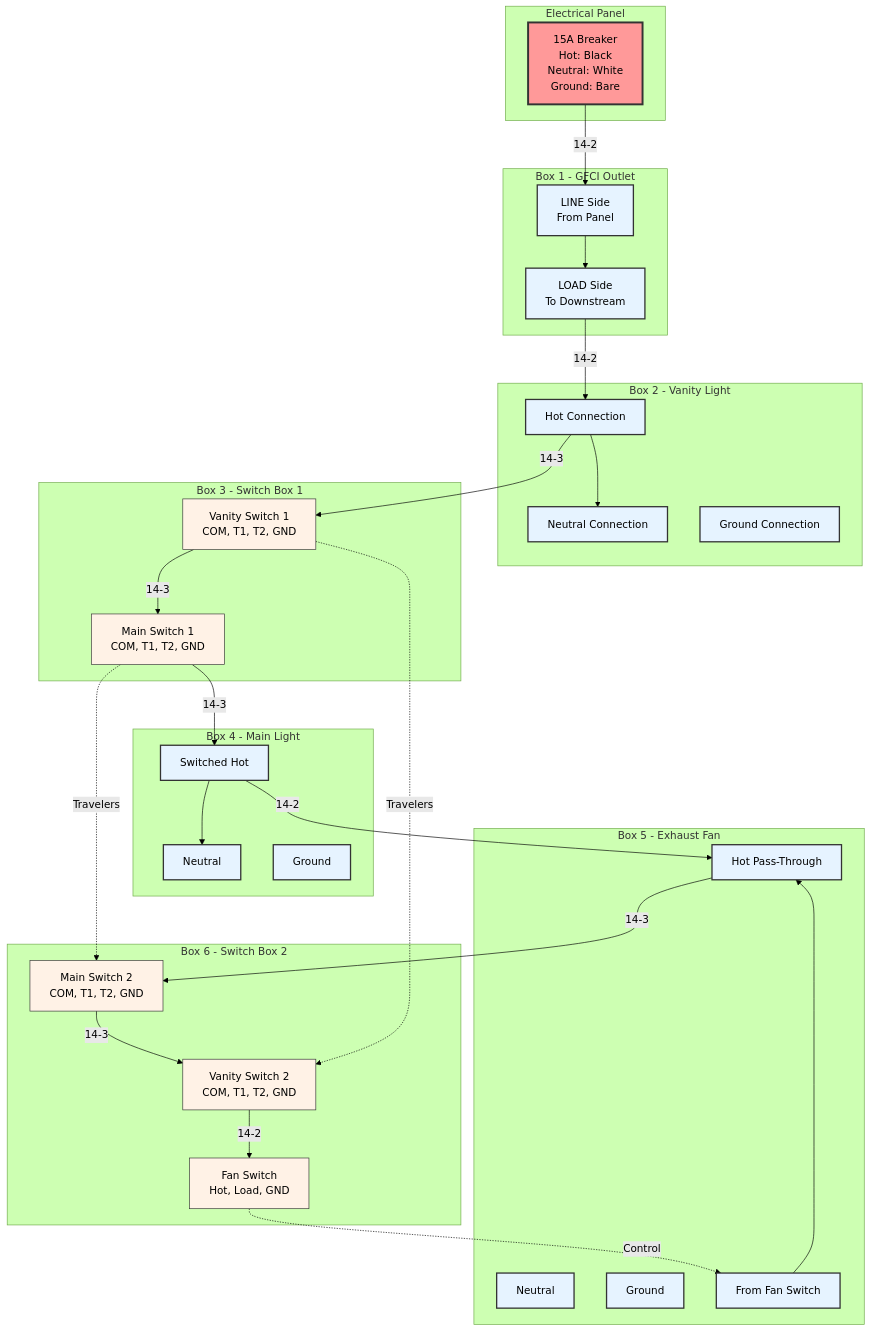
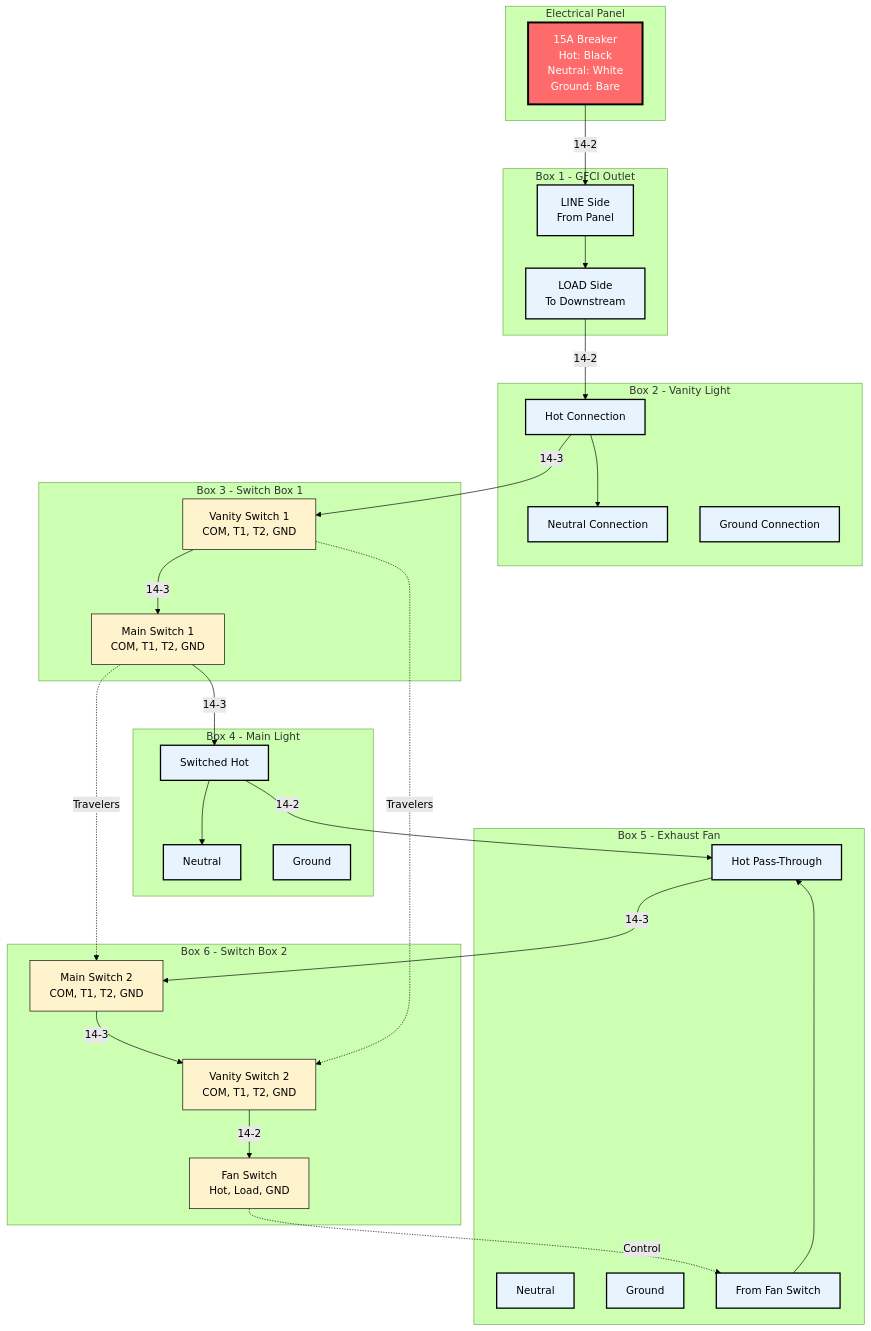
Before and after one commit to ticklemycode/electrical-wiring: the third of 7 diagrams in diagrams/mermaid-wiring-diagram.md, drawn with Mermaid (forest theme). The commit also changed other lines of this file, not shown here.

Commit message:
Mermaid diagram style updates

````diff
--- a/diagrams/mermaid-wiring-diagram.md
+++ b/diagrams/mermaid-wiring-diagram.md
@@ -87,69 +87,69 @@
 ```mermaid
 flowchart TD
     subgraph "Electrical Panel"
         PANEL[15A Breaker<br/>Hot: Black<br/>Neutral: White<br/>Ground: Bare]
     end
     
     subgraph "Box 1 - GFCI Outlet"
         GFCI_LINE[LINE Side<br/>From Panel]
         GFCI_LOAD[LOAD Side<br/>To Downstream]
         GFCI_LINE --> GFCI_LOAD
     end
     
     subgraph "Box 2 - Vanity Light"
         VL_HOT[Hot Connection]
         VL_NEUTRAL[Neutral Connection]
         VL_GROUND[Ground Connection]
         VL_HOT --> VL_NEUTRAL
     end
     
     subgraph "Box 3 - Switch Box 1"
         SW1_VS[Vanity Switch 1<br/>COM, T1, T2, GND]
         SW1_MS[Main Switch 1<br/>COM, T1, T2, GND]
     end
     
     subgraph "Box 4 - Main Light"
         ML_SWITCH[Switched Hot]
         ML_NEUTRAL[Neutral]
         ML_GROUND[Ground]
         ML_SWITCH --> ML_NEUTRAL
     end
     
     subgraph "Box 5 - Exhaust Fan"
         FAN_HOT[Hot Pass-Through]
         FAN_NEUTRAL[Neutral]
         FAN_GROUND[Ground]
         FAN_SWITCH_HOT[From Fan Switch]
         FAN_SWITCH_HOT --> FAN_HOT
     end
     
     subgraph "Box 6 - Switch Box 2"
         SW2_MS[Main Switch 2<br/>COM, T1, T2, GND]
         SW2_VS[Vanity Switch 2<br/>COM, T1, T2, GND]
         SW2_FS[Fan Switch<br/>Hot, Load, GND]
     end
     
     %% Wire Connections
     PANEL -->|14-2| GFCI_LINE
     GFCI_LOAD -->|14-2| VL_HOT
     VL_HOT -->|14-3| SW1_VS
     SW1_VS -->|14-3| SW1_MS
     SW1_MS -->|14-3| ML_SWITCH
     ML_SWITCH -->|14-2| FAN_HOT
     FAN_HOT -->|14-3| SW2_MS
     SW2_MS -->|14-3| SW2_VS
     SW2_VS -->|14-2| SW2_FS
     
     %% Traveler Connections
     SW1_VS -.->|Travelers| SW2_VS
     SW1_MS -.->|Travelers| SW2_MS
     SW2_FS -.->|Control| FAN_SWITCH_HOT
     
-    classDef panelStyle fill:#ff9999,stroke:#333,stroke-width:3px
-    classDef boxStyle fill:#e6f3ff,stroke:#333,stroke-width:2px
-    classDef deviceStyle fill:#fff2e6,stroke:#333,stroke-width:1px
+    classDef panelStyle fill:#ff6b6b,stroke:#000,stroke-width:3px,color:#fff
+    classDef boxStyle fill:#e8f4fd,stroke:#000,stroke-width:2px,color:#000
+    classDef deviceStyle fill:#fff3cd,stroke:#000,stroke-width:1px,color:#000
     
     class PANEL panelStyle
     class GFCI_LINE,GFCI_LOAD,VL_HOT,VL_NEUTRAL,VL_GROUND,ML_SWITCH,ML_NEUTRAL,ML_GROUND,FAN_HOT,FAN_NEUTRAL,FAN_GROUND,FAN_SWITCH_HOT boxStyle
     class SW1_VS,SW1_MS,SW2_MS,SW2_VS,SW2_FS deviceStyle
 ```
````
